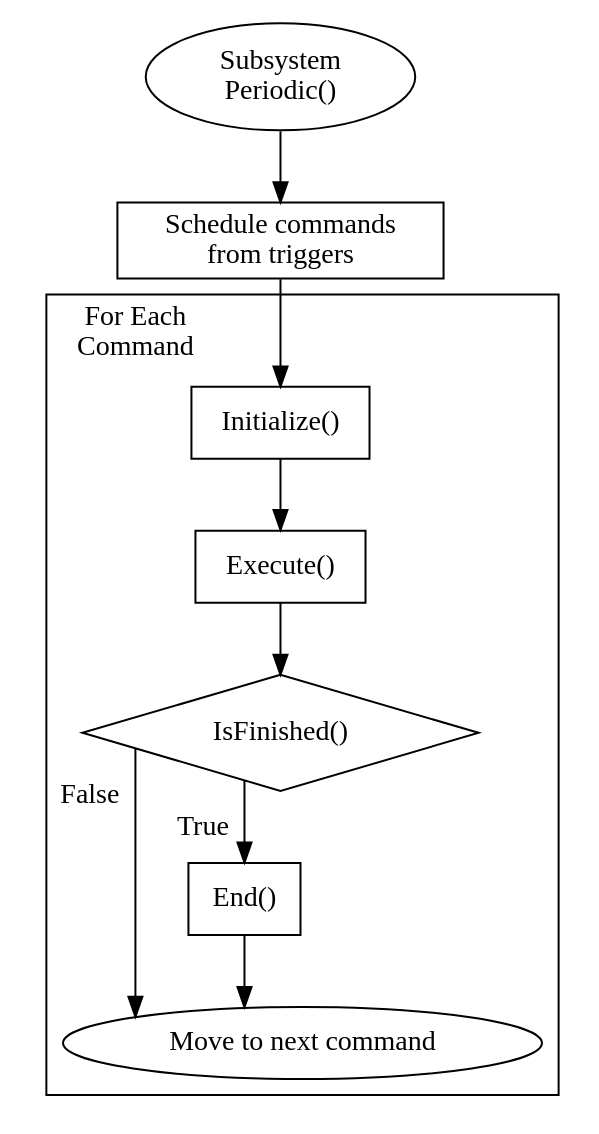
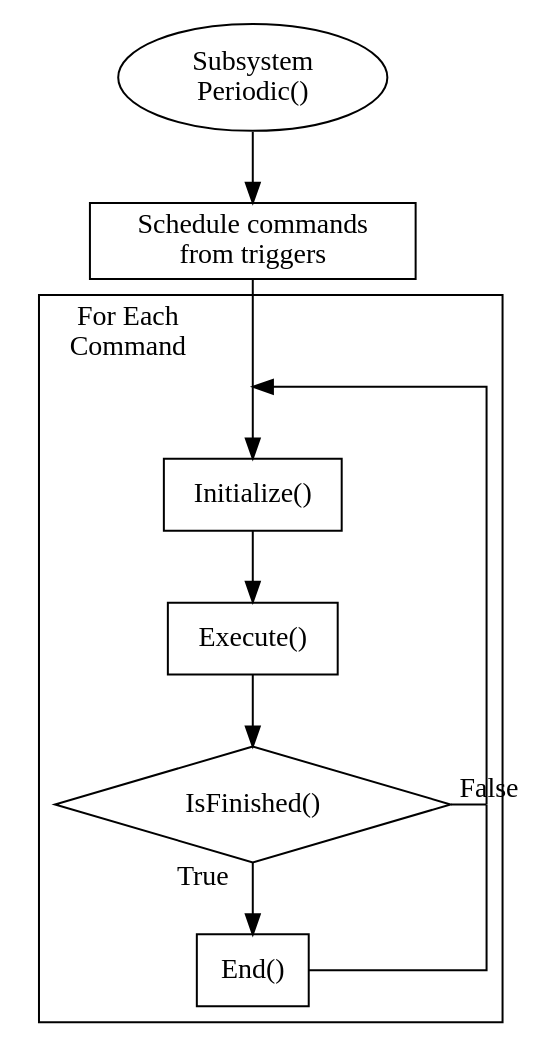
The second of 2 diagrams in source/docs/software/commandbased/command-scheduler.rst (wpilibsuite/frc-docs), drawn with Graphviz before and after one commit.

Commit message:
Makes the "Scheduler Run Sequence" diagram flow black to the start

```diff
--- a/source/docs/software/commandbased/command-scheduler.rst
+++ b/source/docs/software/commandbased/command-scheduler.rst
@@ -69,40 +69,45 @@
 .. graphviz::
     :alt: Scheduler Control Flow Diagram
 
     digraph control_flow {
         splines=ortho
         bgcolor="#FFFFFF00"
 
         // Processes
         node [shape=box]
             Initialize [label="Initialize()"]
             Execute [label="Execute()"]
             Triggers [label="Schedule commands\nfrom triggers"]
-            EndYes [label="End()"]
+            End [label="End()"]
 
         // Terminals
         node [shape=oval]
             Start [label="Subsystem\nPeriodic()"]
-            MoveNextCommand [label="Move to next command"]
 
         // Decisions
         node [shape=diamond, margin=0.1]
             Finished [label="IsFinished()"]
 
+        // Line Extenders
+        node [shape=point, width=0, style=invis]
+            1, 2
+
         Start -> Triggers
-        Triggers -> Initialize
+        Triggers -> 1 [dir=none]
+        1 -> Initialize
 
         // Decisions
         node [shape=diamond, margin=0.1]
             Finished [label="IsFinished()"]
 
         subgraph cluster_for_each_command {
             label="For Each\nCommand"
             labeljust="left"
             Initialize -> Execute -> Finished
-
-            Finished -> EndYes [taillabel="\n    True"]
-            EndYes -> MoveNextCommand
-            Finished -> MoveNextCommand  [taillabel="\n    False"]
+            1 -> 2 [constraint=false, dir=back]
+            {rank=same; Finished, 2}
+            Finished -> 2 [taillabel="False", dir=none]
+            Finished -> End  [taillabel="True  "]
+            End -> 2 [constraint=false, dir=none]
         }
     }
```
